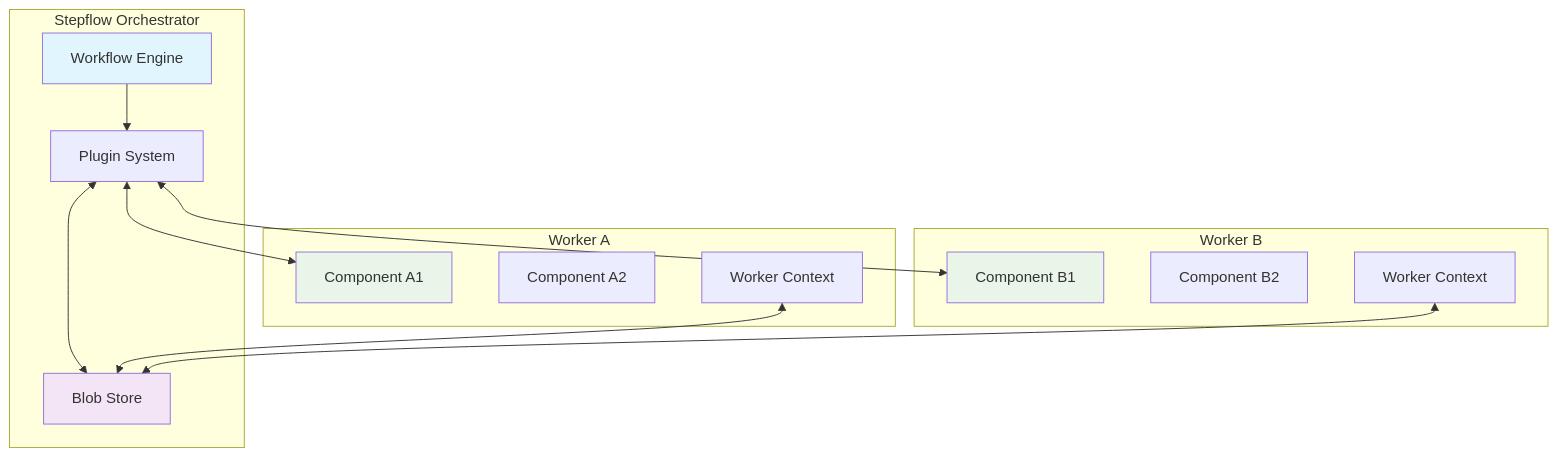
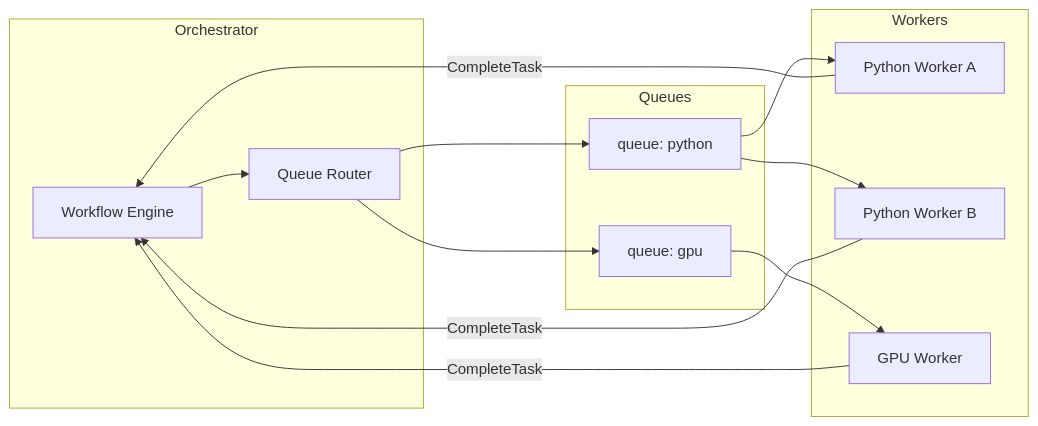
Before and after one commit to stepflow-ai/stepflow: the first of 2 diagrams in docs/docs/protocol/index.md, drawn with Mermaid. The commit also changed other lines of this file and 17 other files, not shown here.

First line of the commit message:
docs: Reorganize protocol docs around task lifecycle and queues

````diff
--- a/docs/docs/protocol/index.md
+++ b/docs/docs/protocol/index.md
@@ -17,32 +11,29 @@
 ```mermaid
-graph TB
-    subgraph "Stepflow Orchestrator"
+graph LR
+    subgraph Orchestrator
         WE[Workflow Engine]
-        PS[Plugin System]
-        BS[Blob Store]
+        QR[Queue Router]
     end
 
-    subgraph "Worker A"
-        CA1[Component A1]
-        CA2[Component A2]
-        CTX[Worker Context]
+    subgraph Queues
+        Q1["queue: python"]
+        Q2["queue: gpu"]
     end
 
-    subgraph "Worker B"
-        CB1[Component B1]
-        CB2[Component B2]
-        CTX2[Worker Context]
+    subgraph Workers
+        W1[Python Worker A]
+        W2[Python Worker B]
+        W3[GPU Worker]
     end
 
-    WE --> PS
-    PS <--> CA1
-    PS <--> CB1
-    PS <--> BS
-    CTX <--> BS
-    CTX2 <--> BS
+    WE --> QR
+    QR --> Q1
+    QR --> Q2
+    Q1 --> W1
+    Q1 --> W2
+    Q2 --> W3
 
-    style WE fill:#e1f5fe
-    style BS fill:#f3e5f5
-    style CA1 fill:#e8f5e8
-    style CB1 fill:#e8f5e8
+    W1 -->|CompleteTask| WE
+    W2 -->|CompleteTask| WE
+    W3 -->|CompleteTask| WE
 ```
````
